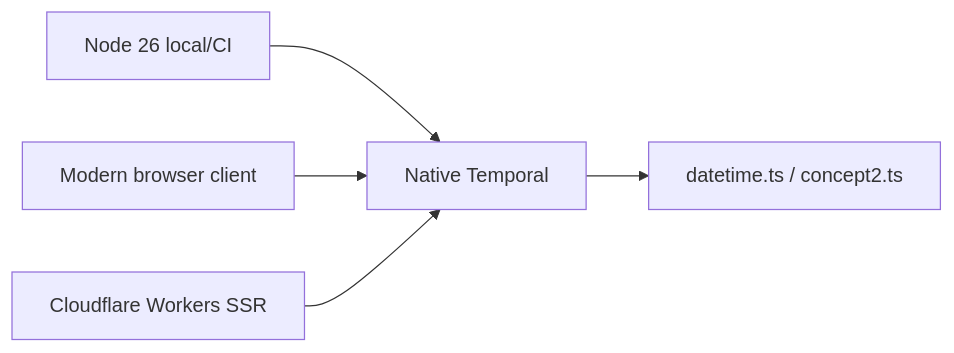
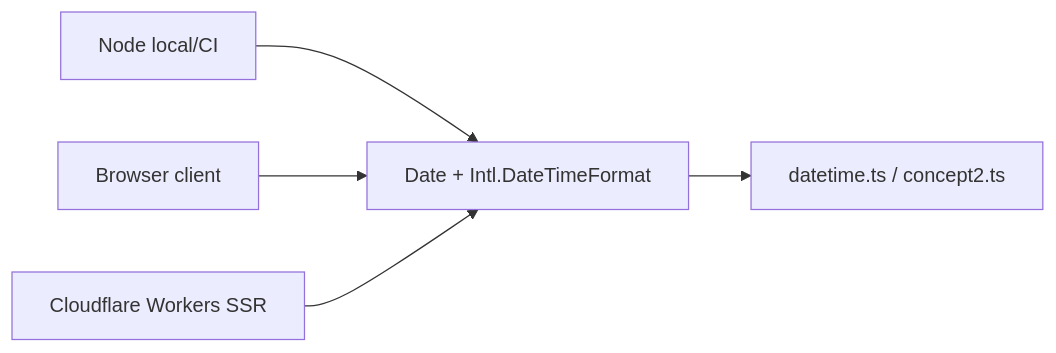
The first of 2 diagrams in .kiro/specs/platform-modernization-audit/design.md (shenghaoc/rowplay), drawn with Mermaid before and after one commit. The commit also changed other lines of this file and 7 other files, not shown here.

Commit message:
Use Date helpers for Workers runtime

````diff
--- a/.kiro/specs/platform-modernization-audit/design.md
+++ b/.kiro/specs/platform-modernization-audit/design.md
@@ -190,7 +190,7 @@
 ```mermaid
 flowchart LR
-  temporal["Native Temporal"] --> dt["datetime.ts / concept2.ts"]
-  N26["Node 26 local/CI"] --> temporal
-  Chr["Modern browser client"] --> temporal
-  CF["Cloudflare Workers SSR"] --> temporal
+  intl["Date + Intl.DateTimeFormat"] --> dt["datetime.ts / concept2.ts"]
+  N26["Node local/CI"] --> intl
+  Chr["Browser client"] --> intl
+  CF["Cloudflare Workers SSR"] --> intl
 ```
````
